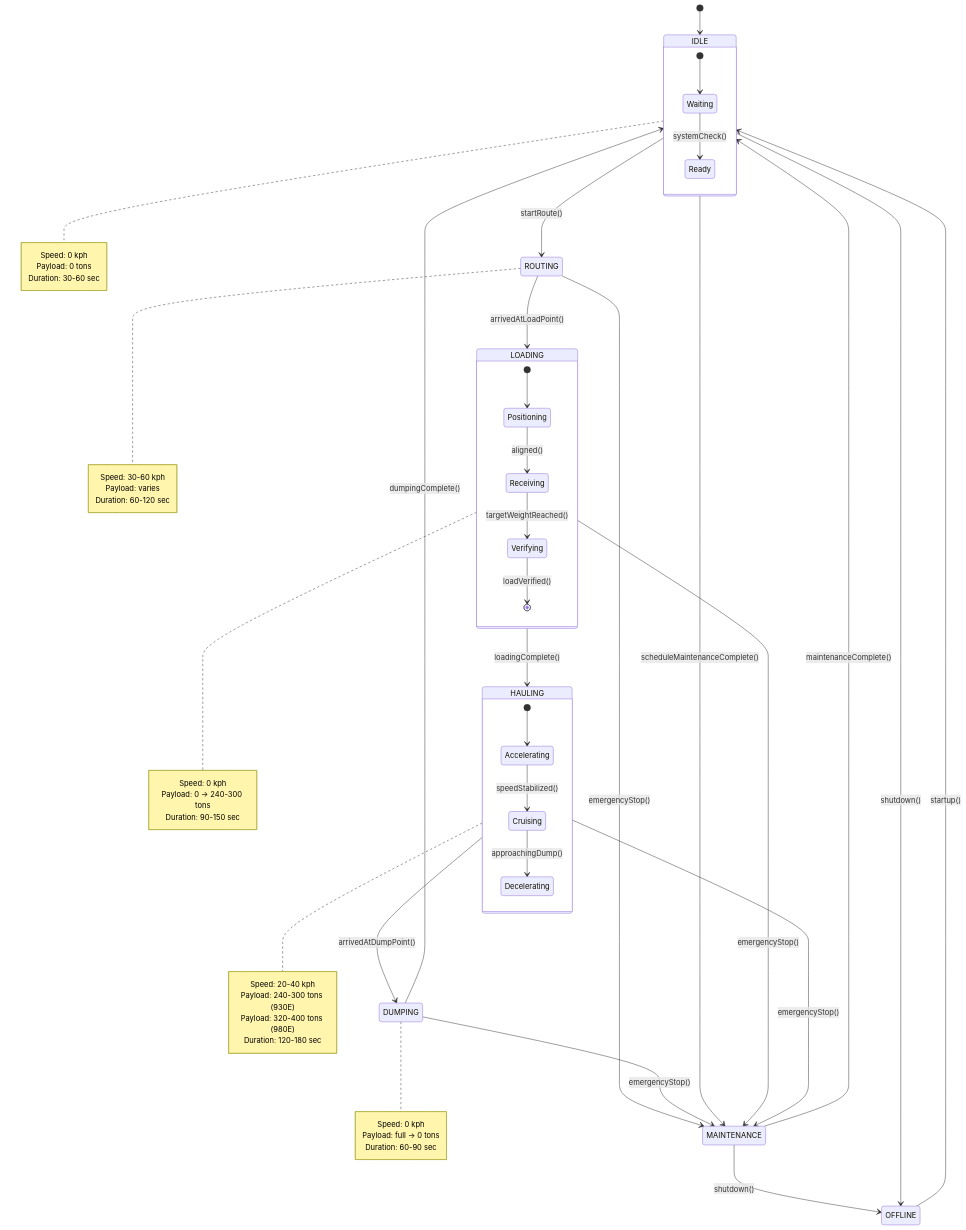
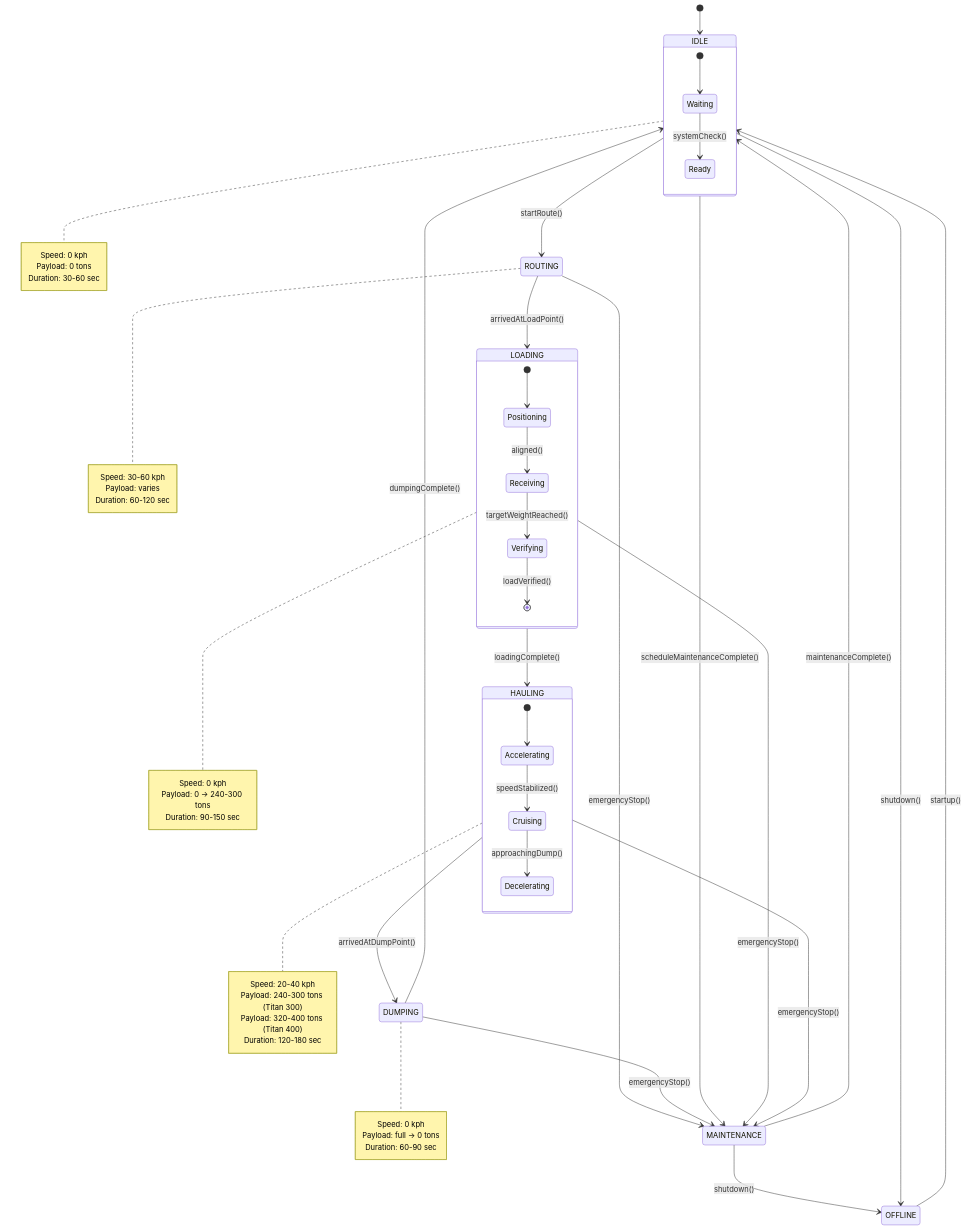
One commit to Shallako/ShuzAHS changed the fifth of 18 diagrams in DIAGRAMS.md. Above: the diagram before and after it, drawn with Mermaid. The commit also changed other lines of this file and 33 other files, not shown here.

````diff
--- a/DIAGRAMS.md
+++ b/DIAGRAMS.md
@@ -223,71 +223,71 @@
 ```mermaid
 stateDiagram-v2
     [*] --> IDLE
     
     IDLE --> ROUTING : startRoute()
     ROUTING --> LOADING : arrivedAtLoadPoint()
     LOADING --> HAULING : loadingComplete()
     HAULING --> DUMPING : arrivedAtDumpPoint()
     DUMPING --> IDLE : dumpingComplete()
     
     IDLE --> MAINTENANCE : scheduleMaintenanceComplete()
     ROUTING --> MAINTENANCE : emergencyStop()
     LOADING --> MAINTENANCE : emergencyStop()
     HAULING --> MAINTENANCE : emergencyStop()
     DUMPING --> MAINTENANCE : emergencyStop()
     
     MAINTENANCE --> IDLE : maintenanceComplete()
     
     IDLE --> OFFLINE : shutdown()
     MAINTENANCE --> OFFLINE : shutdown()
     OFFLINE --> IDLE : startup()
     
     state IDLE {
         [*] --> Waiting
         Waiting --> Ready : systemCheck()
     }
     
     state HAULING {
         [*] --> Accelerating
         Accelerating --> Cruising : speedStabilized()
         Cruising --> Decelerating : approachingDump()
     }
     
     state LOADING {
         [*] --> Positioning
         Positioning --> Receiving : aligned()
         Receiving --> Verifying : targetWeightReached()
         Verifying --> [*] : loadVerified()
     }
     
     note right of IDLE
         Speed: 0 kph
         Payload: 0 tons
         Duration: 30-60 sec
     end note
     
     note right of ROUTING
         Speed: 30-60 kph
         Payload: varies
         Duration: 60-120 sec
     end note
     
     note right of LOADING
         Speed: 0 kph
         Payload: 0 → 240-300 tons
         Duration: 90-150 sec
     end note
     
     note right of HAULING
         Speed: 20-40 kph
-        Payload: 240-300 tons (930E)
-        Payload: 320-400 tons (980E)
+        Payload: 240-300 tons (Titan 300)
+        Payload: 320-400 tons (Titan 400)
         Duration: 120-180 sec
     end note
     
     note right of DUMPING
         Speed: 0 kph
         Payload: full → 0 tons
         Duration: 60-90 sec
     end note
 ```
````
